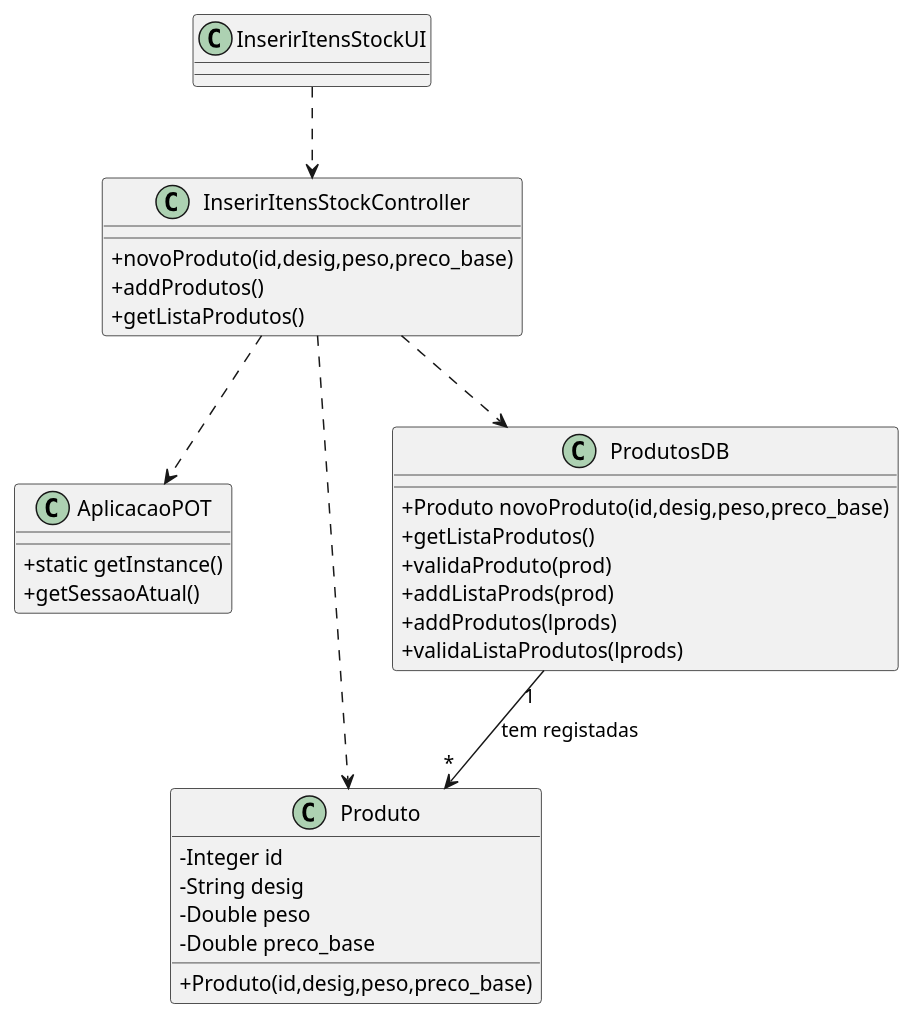
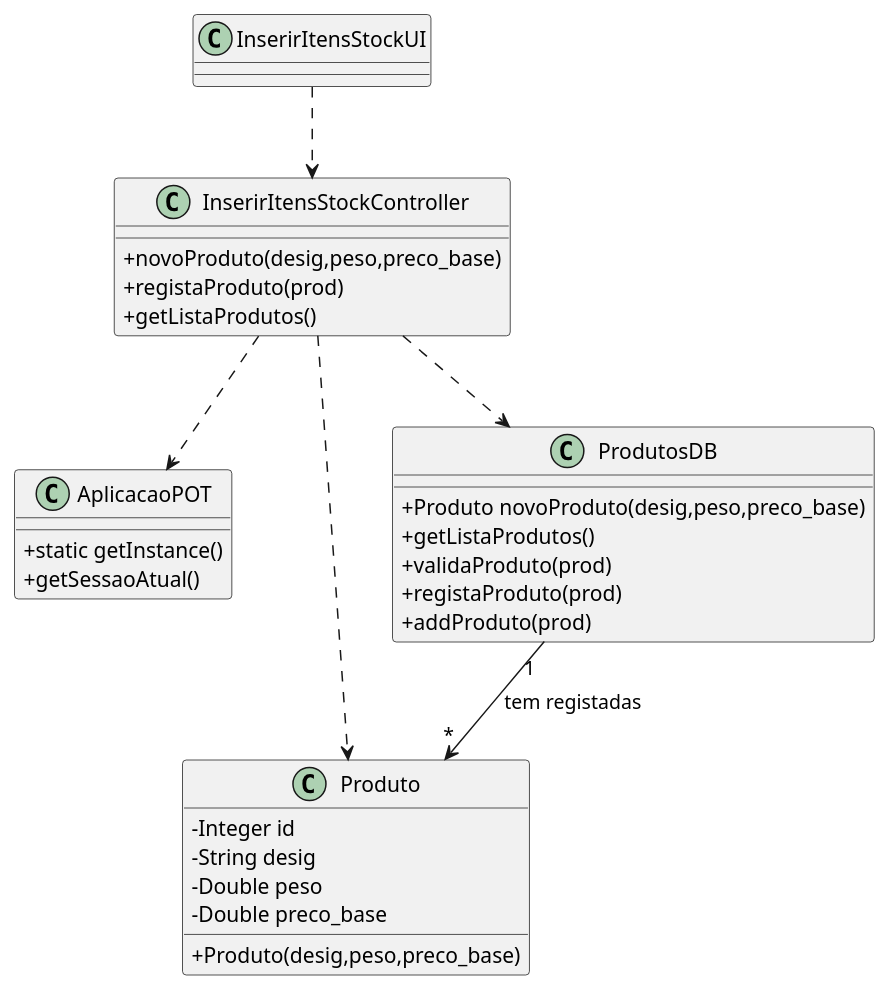
Before and after one commit to pedrolemos4/LAPR3: the diagram in docs/UC24/UC24_InserirItensStockCD.puml, drawn with PlantUML. The commit also changed 5 other files, not shown here.

```diff
--- a/docs/UC24/UC24_InserirItensStockCD.puml
+++ b/docs/UC24/UC24_InserirItensStockCD.puml
@@ -1,43 +1,42 @@
 @startuml
 skinparam classAttributeIconSize 0
 
 class AplicacaoPOT
 {
   +static getInstance()
   +getSessaoAtual()
 }
 
 class Produto {
   -Integer id
   -String desig
   -Double peso
   -Double preco_base
-  +Produto(id,desig,peso,preco_base)
+  +Produto(desig,peso,preco_base)
 }
 
 class ProdutosDB {
-  +Produto novoProduto(id,desig,peso,preco_base)
+  +Produto novoProduto(desig,peso,preco_base)
   +getListaProdutos()
   +validaProduto(prod)
-  +addListaProds(prod)
-  +addProdutos(lprods)
-  +validaListaProdutos(lprods)
+  +registaProduto(prod)
+  +addProduto(prod)
 }
 
 class InserirItensStockController {
-    +novoProduto(id,desig,peso,preco_base)
-    +addProdutos()
+    +novoProduto(desig,peso,preco_base)
+    +registaProduto(prod)
     +getListaProdutos()
 }
 
 class InserirItensStockUI {
 }
 
 InserirItensStockUI ..> InserirItensStockController
 InserirItensStockController ..> ProdutosDB
 InserirItensStockController ..> Produto
 InserirItensStockController ..> AplicacaoPOT
 
 ProdutosDB "1" --> "*" Produto : tem registadas
 
 @enduml
```
